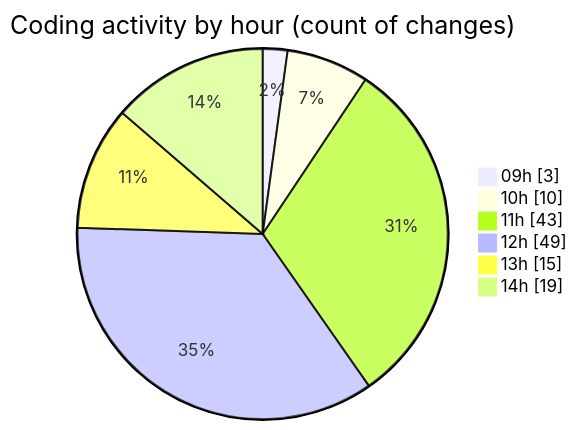
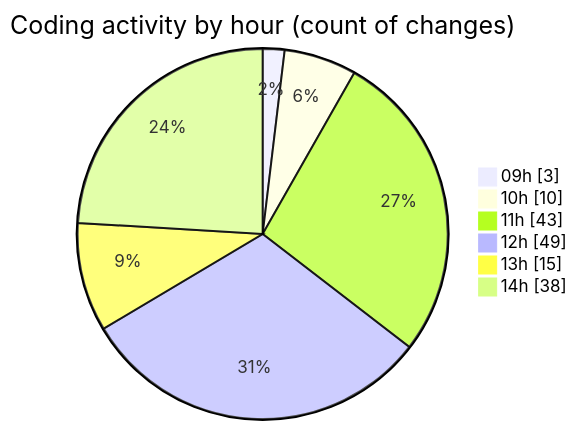
One commit to momahboobian/code-tracking changed the second of 2 diagrams in 2026-01-22/cda/README.md. Above: the diagram before and after it, drawn with Mermaid. The commit also changed other lines of this file and 1 other file, not shown here.

````diff
--- a/2026-01-22/cda/README.md
+++ b/2026-01-22/cda/README.md
@@ -71,10 +81,10 @@
 ```mermaid
 pie showData
 title Coding activity by hour (count of changes)
 "09h" : 3
 "10h" : 10
 "11h" : 43
 "12h" : 49
 "13h" : 15
-"14h" : 19
+"14h" : 38
 ```
````
